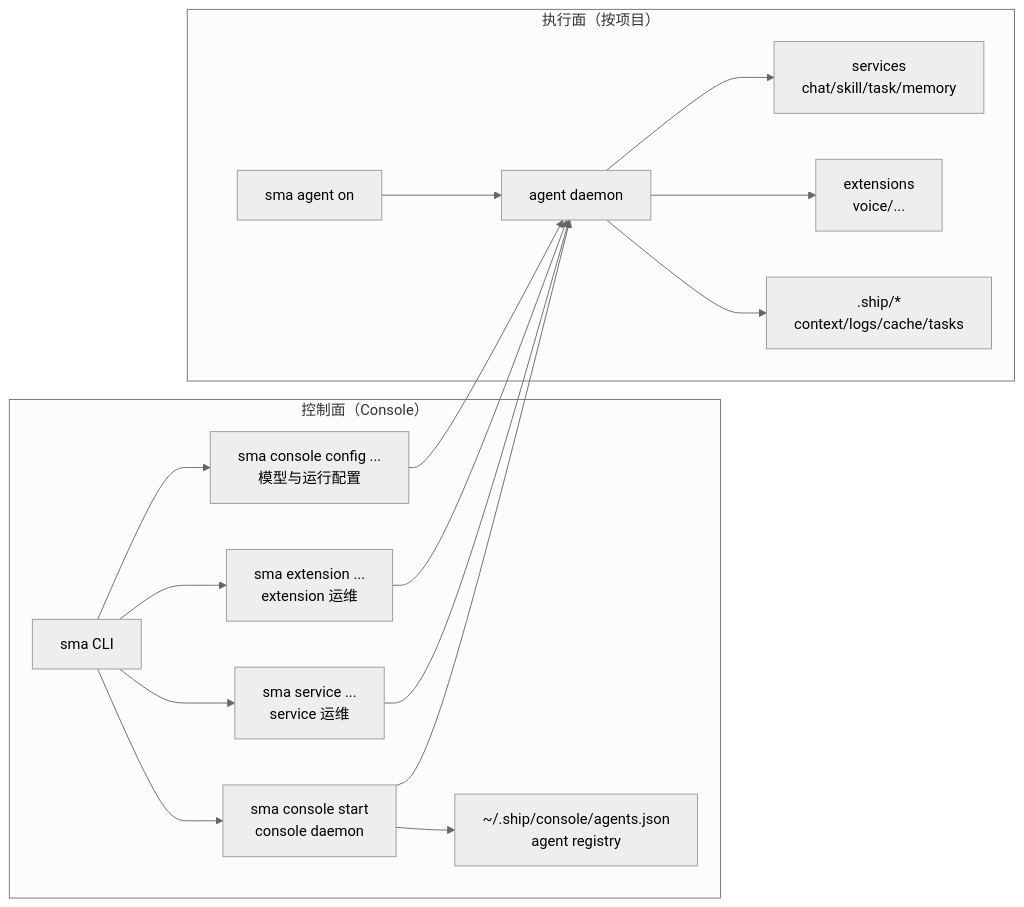
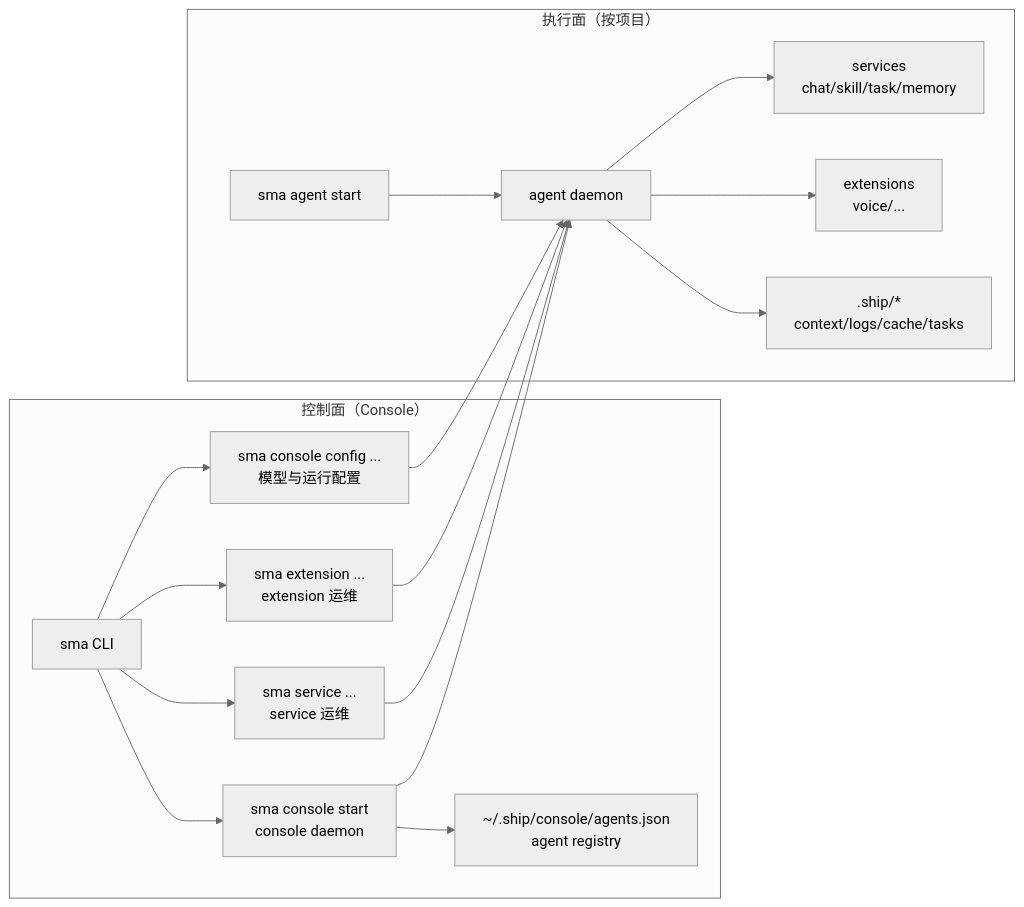
The first of 2 diagrams in homepage/content/docs/zh/concepts/logic-map.mdx (wangenius/downcity), drawn with Mermaid (neutral theme) before and after one commit. The commit also changed other lines of this file and 150 other files, not shown here.

````diff
--- a/homepage/content/docs/zh/concepts/logic-map.mdx
+++ b/homepage/content/docs/zh/concepts/logic-map.mdx
@@ -22,22 +22,22 @@
 ```mermaid
 flowchart LR
   subgraph CP[控制面（Console）]
     CLI[sma CLI] --> CONSOLE[sma console start\nconsole daemon]
     CLI --> CFG[sma console config ...\n模型与运行配置]
     CLI --> SVCOPS[sma service ...\nservice 运维]
     CLI --> EXTOPS[sma extension ...\nextension 运维]
     CONSOLE --> REG[~/.ship/console/agents.json\nagent registry]
   end
 
   subgraph DP[执行面（按项目）]
-    AGENTCMD[sma agent on] --> AGENTD[agent daemon]
+    AGENTCMD[sma agent start] --> AGENTD[agent daemon]
     AGENTD --> SERVICES[services\nchat/skill/task/memory]
     AGENTD --> EXTS[extensions\nvoice/...]
     AGENTD --> SHIP[.ship/*\ncontext/logs/cache/tasks]
   end
 
   CONSOLE --> AGENTD
   SVCOPS --> AGENTD
   EXTOPS --> AGENTD
   CFG --> AGENTD
 ```
````
